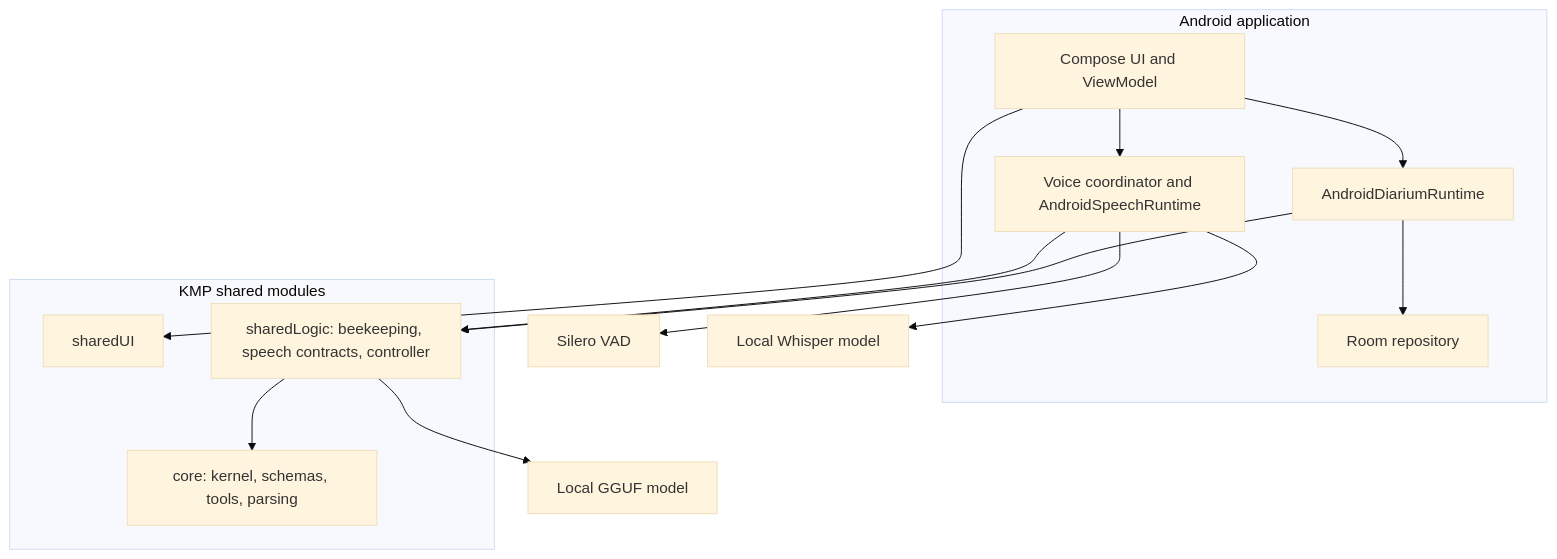
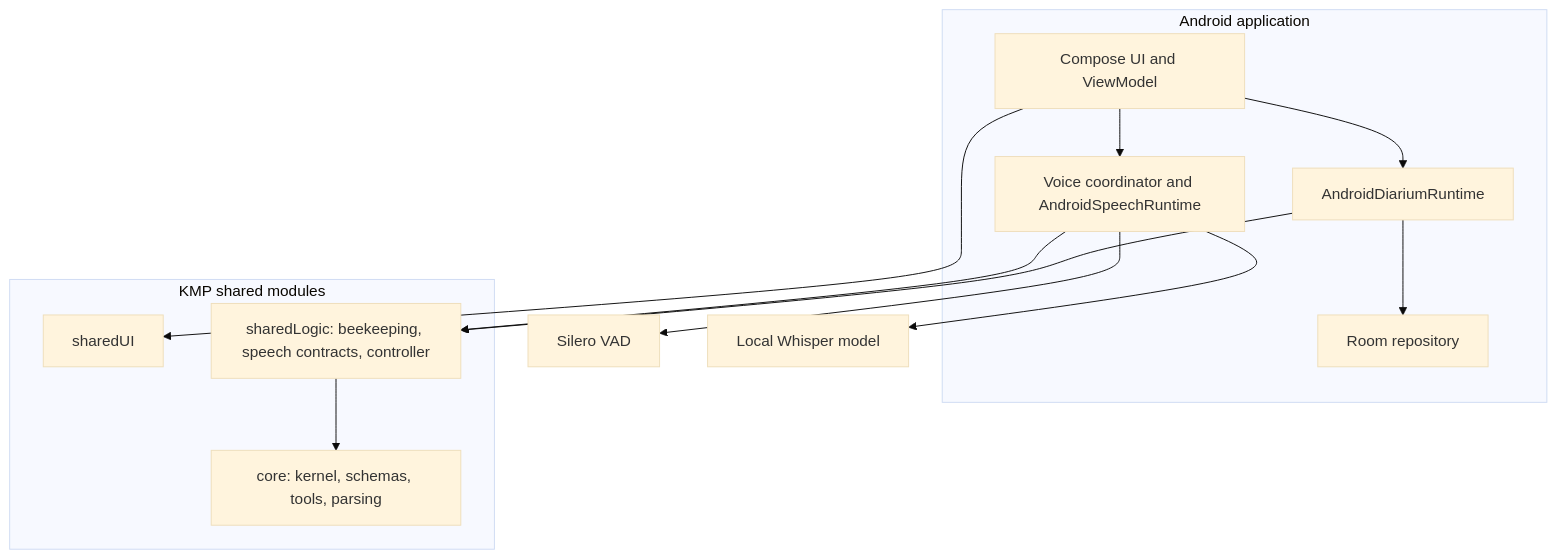
Before and after one commit to Shraggen/Diarium: the second of 4 diagrams in docs/architecture.md, drawn with Mermaid (base theme). The commit also changed other lines of this file and 45 other files, not shown here.

````diff
--- a/docs/architecture.md
+++ b/docs/architecture.md
@@ -122,30 +124,28 @@
 ```mermaid
 flowchart TD
     subgraph Android["Android application"]
         UI["Compose UI and ViewModel"]
         Voice["Voice coordinator and AndroidSpeechRuntime"]
         AppRuntime["AndroidDiariumRuntime"]
         Room["Room repository"]
     end
 
     subgraph Shared["KMP shared modules"]
         SharedUI["sharedUI"]
         Domain["sharedLogic: beekeeping, speech contracts, controller"]
         Core["core: kernel, schemas, tools, parsing"]
     end
 
     Silero["Silero VAD"]
     Whisper["Local Whisper model"]
-    LLM["Local GGUF model"]
 
     UI --> SharedUI
     UI --> Voice
     UI --> AppRuntime
     Voice --> Domain
     Voice --> Silero
     Voice --> Whisper
     AppRuntime --> Domain
     AppRuntime --> Room
     Domain --> Core
-    Domain --> LLM
 ```
````
